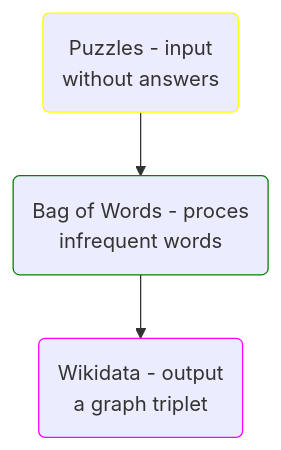
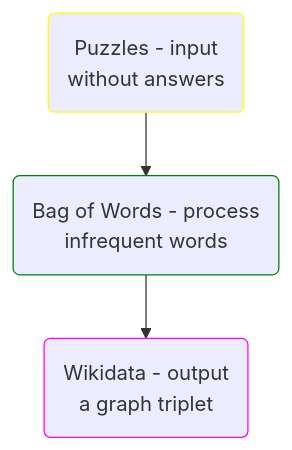
The diagram in aanya/README copy.md (sunnymax2002/machine-reasoning), drawn with Mermaid before and after one commit. The commit also changed 2 other files, not shown here.

Commit message:
small change

````diff
--- a/aanya/README copy.md
+++ b/aanya/README copy.md
@@ -7,9 +7,9 @@
 ```mermaid
 flowchart TD
-	A(Puzzles - input<br>without answers) --> B(Bag of Words - proces<br>infrequent words)
+	A(Puzzles - input<br>without answers) --> B(Bag of Words - process<br>infrequent words)
 	B --> C(Wikidata - output<br>a graph triplet)
 
 	style A stroke:yellow
 	style B stroke:green
 	style C stroke:magenta
 ```
````
